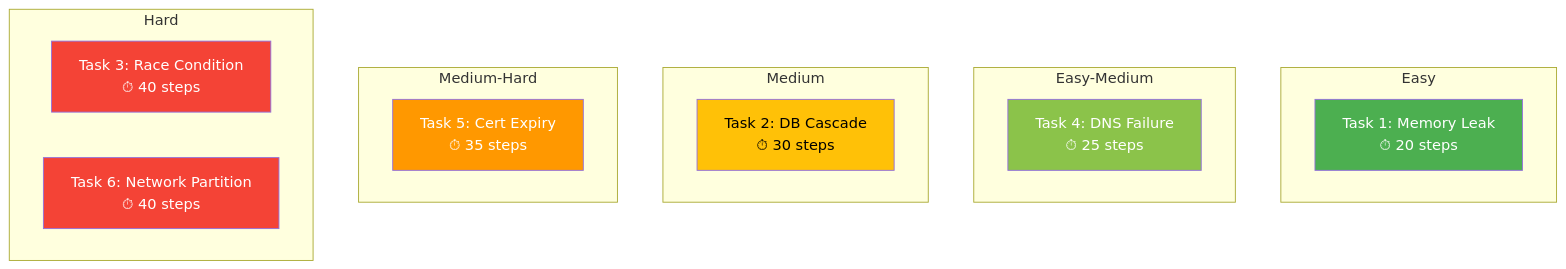
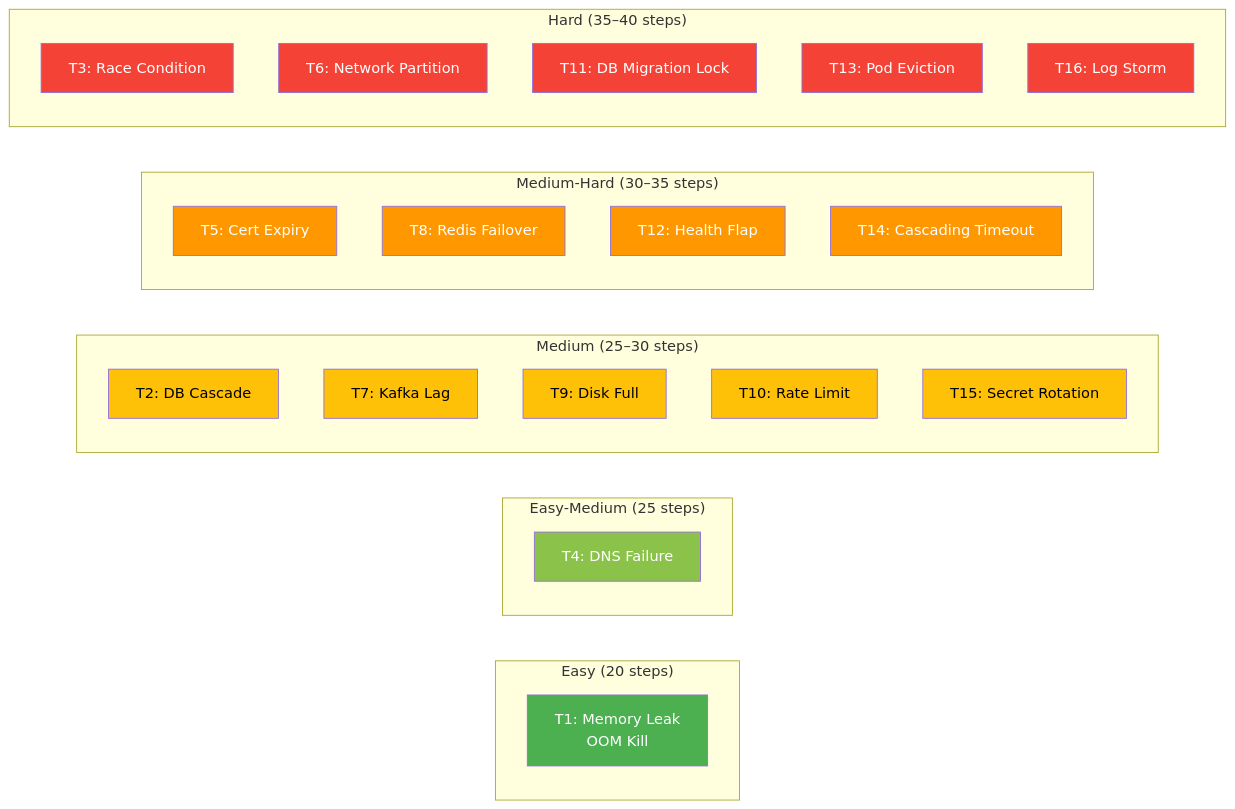
One commit to Airocult/Scaler-Meta-Competition-2026 changed the seventh of 15 diagrams in README.md. Above: the diagram before and after it, drawn with Mermaid. The commit also changed other lines of this file, not shown here.

Commit message:
Complete README rewrite: 16 tasks, Mermaid diagrams, UML, novel mechanics, investigation gating

````diff
--- a/README.md
+++ b/README.md
@@ -212,26 +348,46 @@
 ```mermaid
-graph TD
-    subgraph "Easy"
-        T1["Task 1: Memory Leak<br/>⏱ 20 steps"]
+graph LR
+    subgraph "Easy (20 steps)"
+        T1["T1: Memory Leak<br/>OOM Kill"]
     end
-    subgraph "Easy-Medium"
-        T4["Task 4: DNS Failure<br/>⏱ 25 steps"]
+    subgraph "Easy-Medium (25 steps)"
+        T4["T4: DNS Failure"]
     end
-    subgraph "Medium"
-        T2["Task 2: DB Cascade<br/>⏱ 30 steps"]
+    subgraph "Medium (25–30 steps)"
+        T2["T2: DB Cascade"]
+        T7["T7: Kafka Lag"]
+        T9["T9: Disk Full"]
+        T10["T10: Rate Limit"]
+        T15["T15: Secret Rotation"]
     end
-    subgraph "Medium-Hard"
-        T5["Task 5: Cert Expiry<br/>⏱ 35 steps"]
+    subgraph "Medium-Hard (30–35 steps)"
+        T5["T5: Cert Expiry"]
+        T8["T8: Redis Failover"]
+        T12["T12: Health Flap"]
+        T14["T14: Cascading Timeout"]
     end
-    subgraph "Hard"
-        T3["Task 3: Race Condition<br/>⏱ 40 steps"]
-        T6["Task 6: Network Partition<br/>⏱ 40 steps"]
+    subgraph "Hard (35–40 steps)"
+        T3["T3: Race Condition"]
+        T6["T6: Network Partition"]
+        T11["T11: DB Migration Lock"]
+        T13["T13: Pod Eviction"]
+        T16["T16: Log Storm"]
     end
 
     style T1 fill:#4CAF50,color:#fff
     style T4 fill:#8BC34A,color:#fff
     style T2 fill:#FFC107,color:#000
+    style T7 fill:#FFC107,color:#000
+    style T9 fill:#FFC107,color:#000
+    style T10 fill:#FFC107,color:#000
+    style T15 fill:#FFC107,color:#000
     style T5 fill:#FF9800,color:#fff
+    style T8 fill:#FF9800,color:#fff
+    style T12 fill:#FF9800,color:#fff
+    style T14 fill:#FF9800,color:#fff
     style T3 fill:#f44336,color:#fff
     style T6 fill:#f44336,color:#fff
+    style T11 fill:#f44336,color:#fff
+    style T13 fill:#f44336,color:#fff
+    style T16 fill:#f44336,color:#fff
 ```
````
